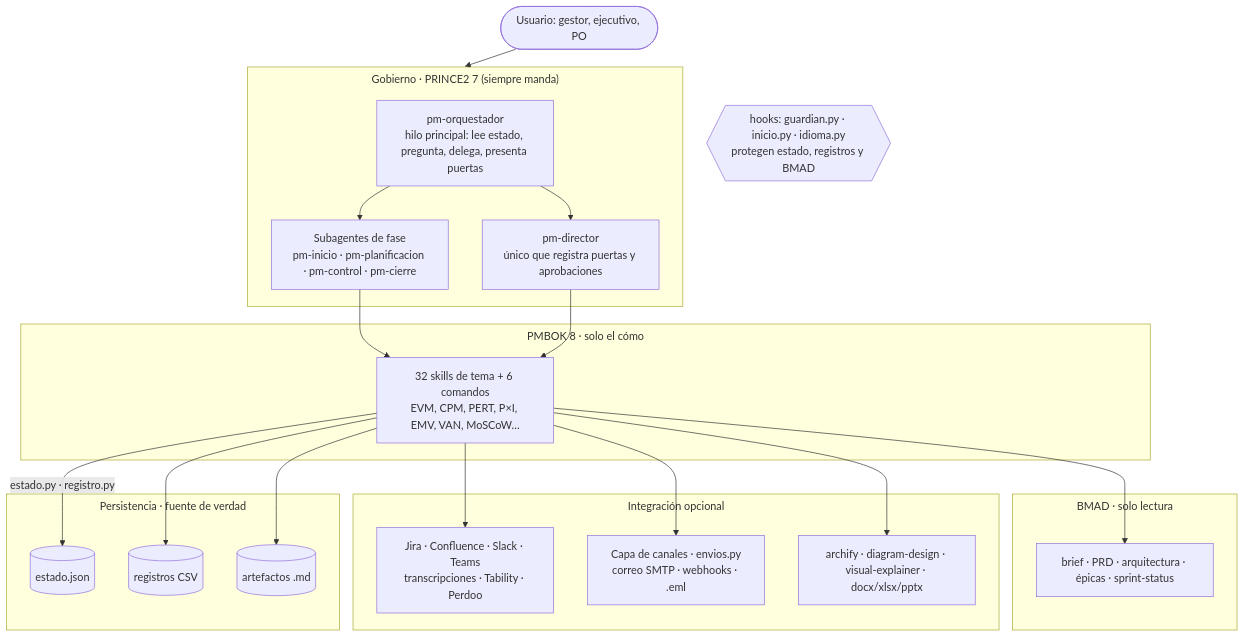
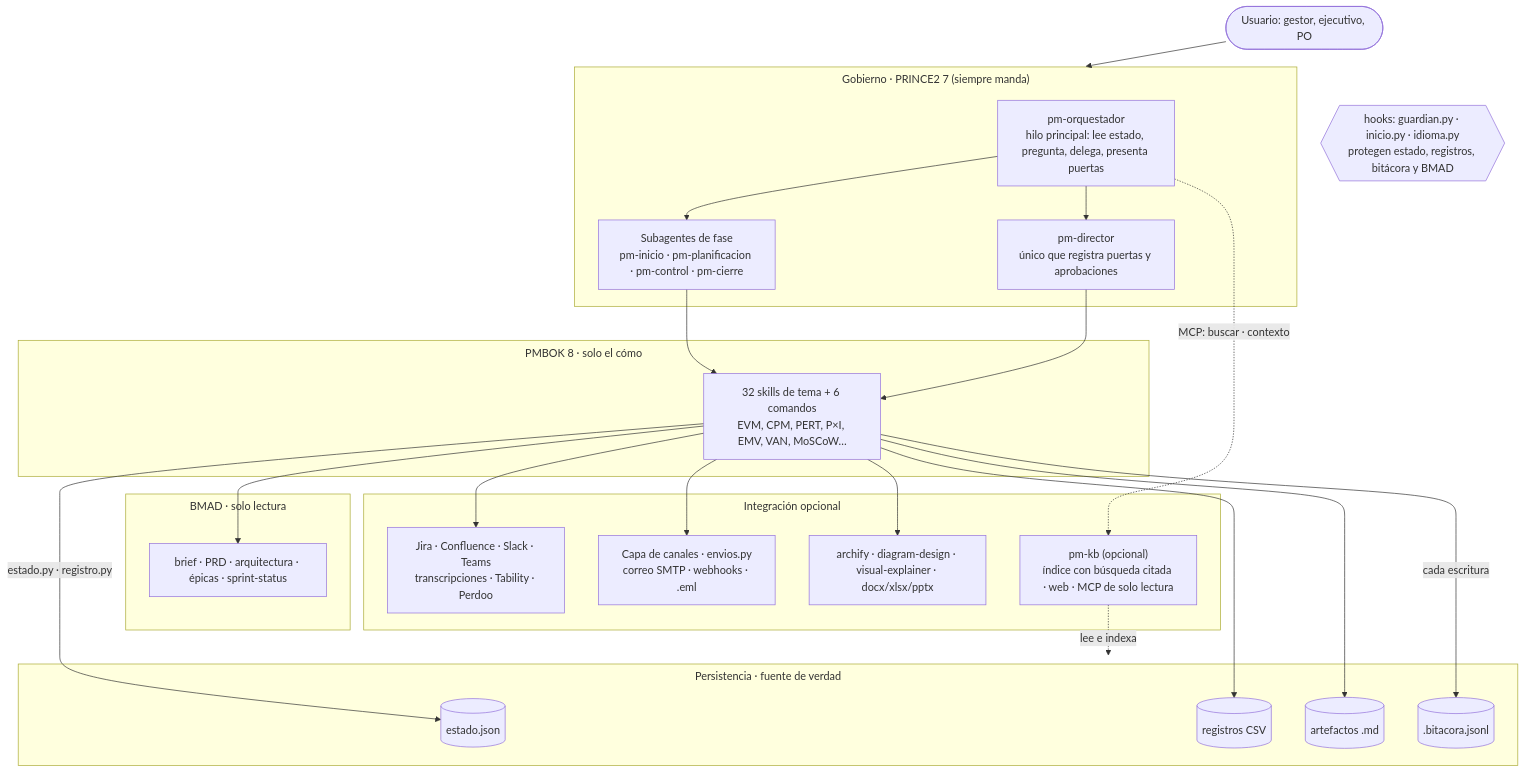
The first of 7 diagrams in README.md (Arturo-Penas-Rial/pm-method), drawn with Mermaid before and after one commit. The commit also changed other lines of this file and 277 other files, not shown here.

Commit message:
pm-method 2.6.0: decisiones con contexto, vigencia y bitácora, mapas y decisiones, y pm-kb (búsqueda citada, web y MCP)

````diff
--- a/README.md
+++ b/README.md
@@ -96,45 +105,50 @@
 ```mermaid
 ---
 config:
   flowchart:
     subGraphTitleMargin:
       top: 6
       bottom: 18
 ---
 flowchart TB
     U([Usuario: gestor, ejecutivo, PO]) --> G
     subgraph G["Gobierno · PRINCE2 7 (siempre manda)"]
         O["pm-orquestador<br/>hilo principal: lee estado, pregunta, delega, presenta puertas"]
         D["pm-director<br/>único que registra puertas y aprobaciones"]
         F["Subagentes de fase<br/>pm-inicio · pm-planificacion · pm-control · pm-cierre"]
     end
     subgraph T["PMBOK 8 · solo el cómo"]
         S["32 skills de tema + 6 comandos<br/>EVM, CPM, PERT, P×I, EMV, VAN, MoSCoW…"]
     end
     subgraph E["BMAD · solo lectura"]
         B["brief · PRD · arquitectura · épicas · sprint-status"]
     end
     subgraph I["Integración opcional"]
         M["Jira · Confluence · Slack · Teams<br/>transcripciones · Tability · Perdoo"]
         C["Capa de canales · envios.py<br/>correo SMTP · webhooks · .eml"]
         X["archify · diagram-design · visual-explainer · docx/xlsx/pptx"]
+        K["pm-kb (opcional)<br/>índice con búsqueda citada · web · MCP de solo lectura"]
     end
     subgraph P["Persistencia · fuente de verdad"]
         J[("estado.json")]
         R[("registros CSV")]
         A[("artefactos .md")]
+        L[(".bitacora.jsonl")]
     end
     O --> F
     O --> D
     F --> S
     D --> S
     S --> B
     S --> M
     S --> C
     S --> X
     S -->|"estado.py · registro.py"| J
     S --> R
     S --> A
-    H{{"hooks: guardian.py · inicio.py · idioma.py<br/>protegen estado, registros y BMAD"}}
+    S -->|"cada escritura"| L
+    O -.->|"MCP: buscar · contexto"| K
+    K -.->|"lee e indexa"| P
+    H{{"hooks: guardian.py · inicio.py · idioma.py<br/>protegen estado, registros, bitácora y BMAD"}}
     U ~~~ H
 ```
````
